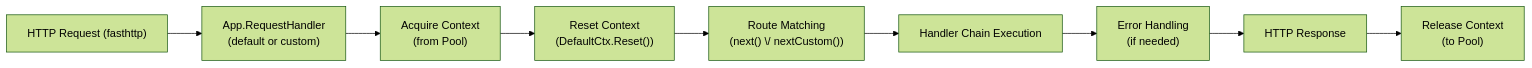
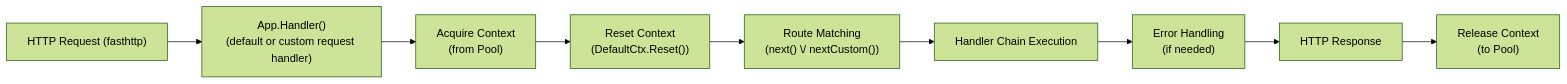
Before and after one commit to gofiber/docs: the second of 14 diagrams in docs/core/extra/internal.md, drawn with Mermaid (forest theme). The commit also changed other lines of this file and 63 other files, not shown here.

````diff
--- a/docs/core/extra/internal.md
+++ b/docs/core/extra/internal.md
@@ -54,21 +54,21 @@
 ```mermaid
 flowchart LR
     R["HTTP Request (fasthttp)"]
-    A["App.RequestHandler<br/>(default or custom)"]
+    A["App.Handler()<br/>(default or custom request handler)"]
     C["Acquire Context<br/>(from Pool)"]
     X["Reset Context<br/>(DefaultCtx.Reset())"]
     N["Route Matching<br/>(next() \/ nextCustom())"]
     M["Handler Chain Execution"]
     EH["Error Handling<br/>(if needed)"]
     S["HTTP Response"]
     RC["Release Context<br/>(to Pool)"]
 
     R --> A
     A --> C
     C --> X
     X --> N
     N --> M
     M --> EH
     EH --> S
     S --> RC
 ```
````
